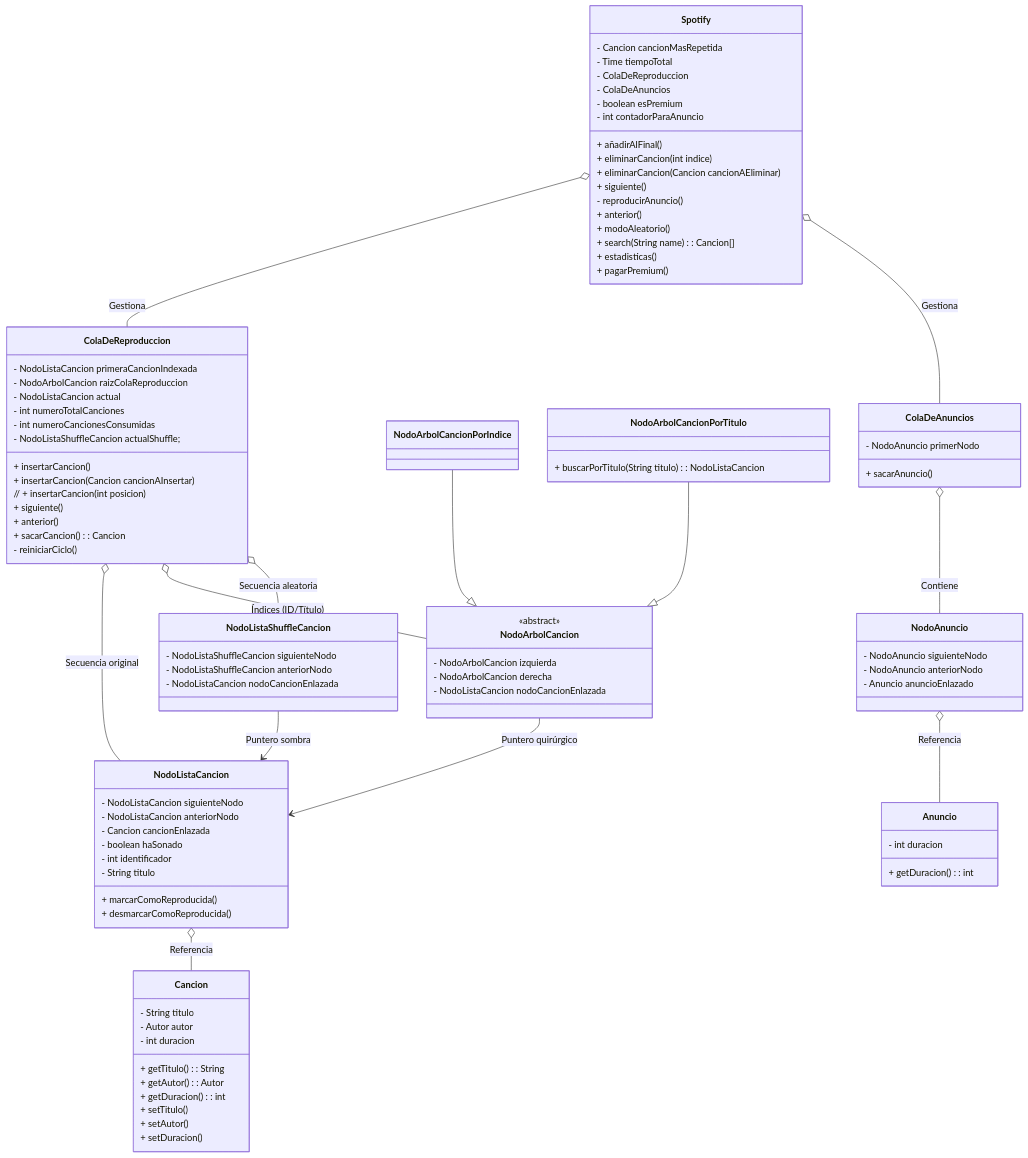
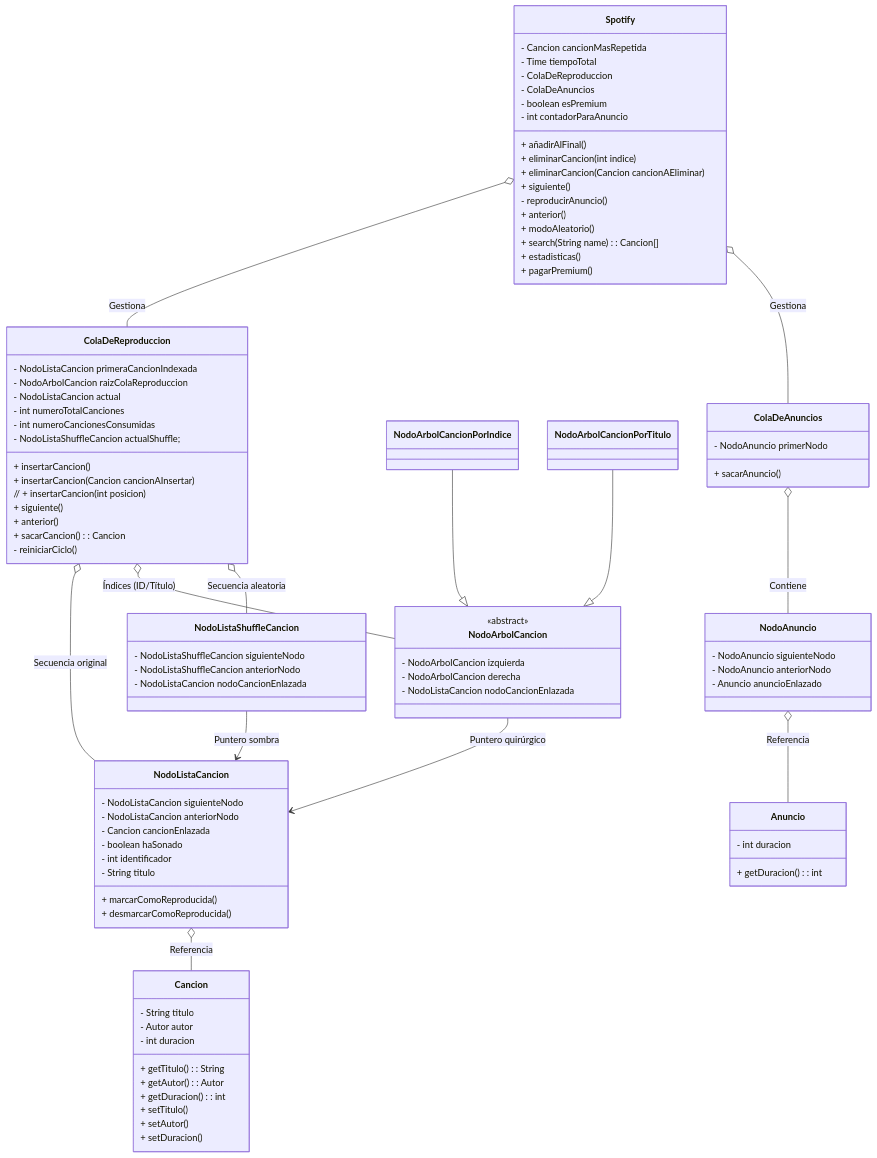
One commit to mmasias/25-26-EDA1 changed the diagram in entregas/lianoJavier/documentos/README.md. Above: the diagram before and after it, drawn with Mermaid.

```diff
--- a/entregas/lianoJavier/documentos/README.md
+++ b/entregas/lianoJavier/documentos/README.md
@@ -68,7 +68,7 @@
         }
 
         class NodoArbolCancionPorTitulo {
-                + buscarPorTitulo(String titulo) : NodoListaCancion
+               
         }
 
         class NodoArbolCancion {
```
